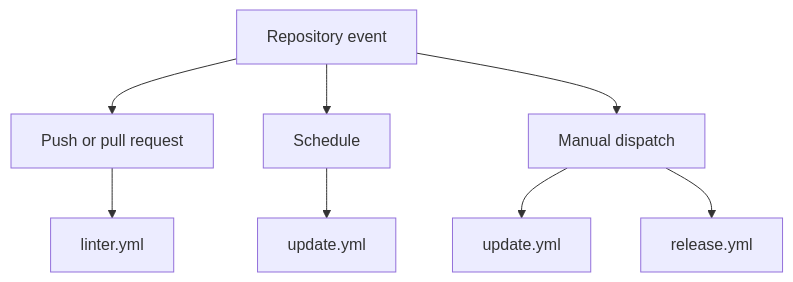
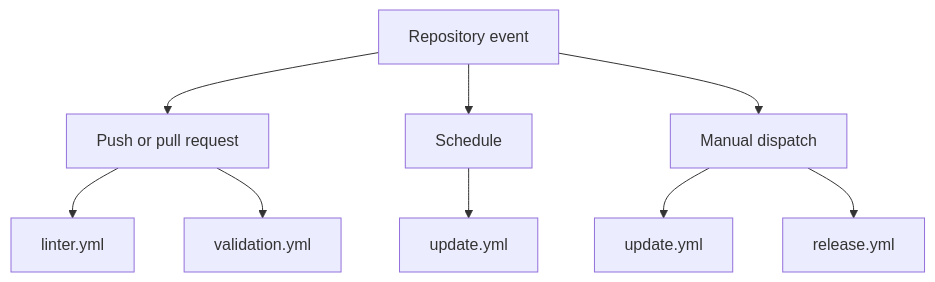
One commit to electrocucaracha/k8s-docs-review-app changed the diagram in .github/workflows/README.md. Above: the diagram before and after it, drawn with Mermaid. The commit also changed other lines of this file and 1 other file, not shown here.

First line of the commit message:
ci: add validation workflow for application build and native checks

````diff
--- a/.github/workflows/README.md
+++ b/.github/workflows/README.md
@@ -13,13 +14,14 @@
 ```mermaid
 flowchart TD
   A[Repository event] --> B[Push or pull request]
   A --> C[Schedule]
   A --> D[Manual dispatch]
 
   B --> B1[linter.yml]
+  B --> B2[validation.yml]
 
   C --> C1[update.yml]
 
   D --> D2[update.yml]
   D --> D3[release.yml]
 ```
````
